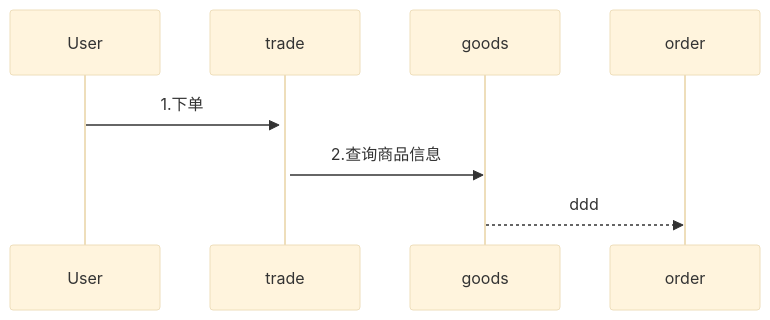
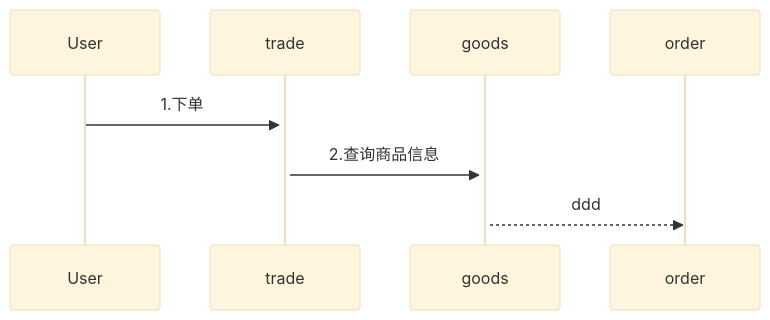
One commit to yingjianzh/iodraw-files changed the diagram in all/未命名-6.md. Above: the diagram before and after it, drawn with Mermaid (base theme).

Commit message:
2024-08-19 15:00:54 update

````diff
--- a/all/未命名-6.md
+++ b/all/未命名-6.md
@@ -1,6 +1,6 @@
 ```mermaid
 sequenceDiagram
     User->>+trade: 1.下单
-    trade->>goods: 2.查询商品信息
+    trade->>+goods: 2.查询商品信息
     goods-->>order: ddd
 ```
````
